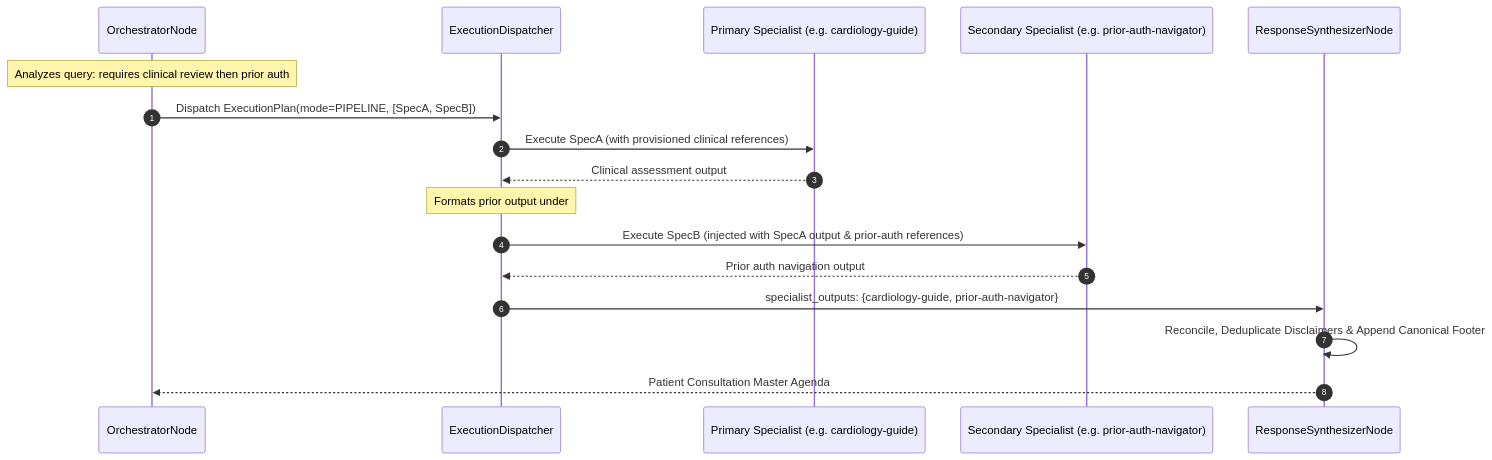
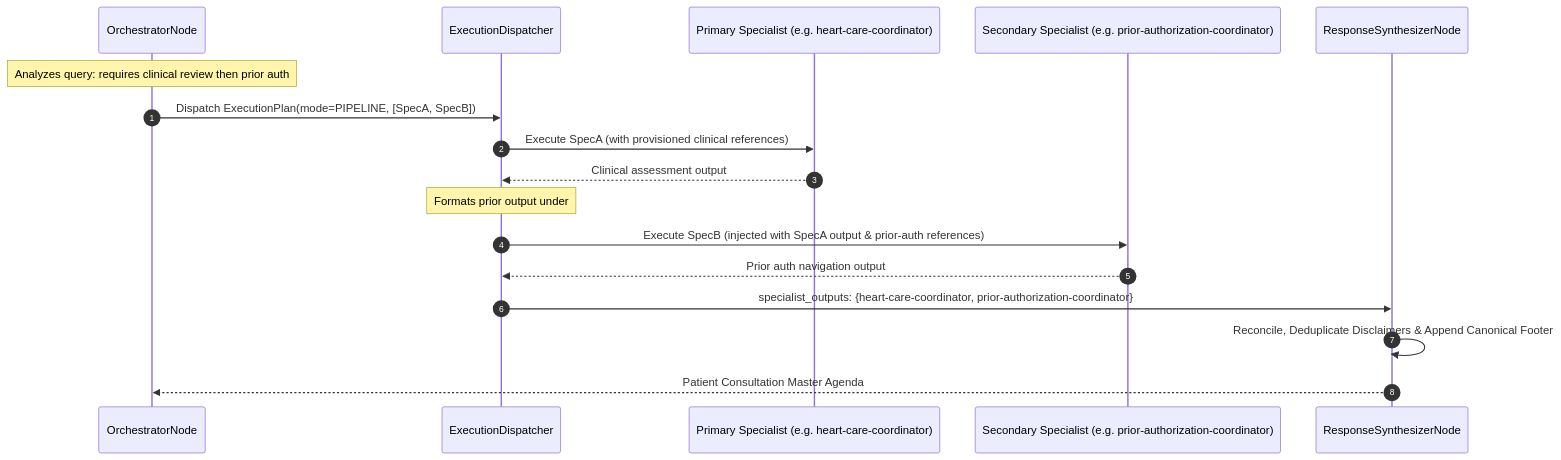
The second of 2 diagrams in docs/adr/0001-orchestrator-driven-agent-architecture.md (spectrayan/carefold), drawn with Mermaid before and after one commit. The commit also changed 428 other files, not shown here.

First line of the commit message:
refactor(agents): rename specialist slugs to coordinator scheme

````diff
--- a/docs/adr/0001-orchestrator-driven-agent-architecture.md
+++ b/docs/adr/0001-orchestrator-driven-agent-architecture.md
@@ -155,23 +155,23 @@
 ```mermaid
 sequenceDiagram
     autonumber
     participant Orch as OrchestratorNode
     participant Disp as ExecutionDispatcher
-    participant SpecA as Primary Specialist (e.g. cardiology-guide)
-    participant SpecB as Secondary Specialist (e.g. prior-auth-navigator)
+    participant SpecA as Primary Specialist (e.g. heart-care-coordinator)
+    participant SpecB as Secondary Specialist (e.g. prior-authorization-coordinator)
     participant Synth as ResponseSynthesizerNode
 
     Note over Orch: Analyzes query: requires clinical review then prior auth
     Orch->>Disp: Dispatch ExecutionPlan(mode=PIPELINE, [SpecA, SpecB])
     
     Disp->>SpecA: Execute SpecA (with provisioned clinical references)
     SpecA-->>Disp: Clinical assessment output
     
     Note over Disp: Formats prior output under # PRIOR SPECIALIST OUTPUTS
     Disp->>SpecB: Execute SpecB (injected with SpecA output & prior-auth references)
     SpecB-->>Disp: Prior auth navigation output
     
-    Disp->>Synth: specialist_outputs: {cardiology-guide, prior-auth-navigator}
+    Disp->>Synth: specialist_outputs: {heart-care-coordinator, prior-authorization-coordinator}
     Synth->>Synth: Reconcile, Deduplicate Disclaimers & Append Canonical Footer
     Synth-->>Orch: Patient Consultation Master Agenda
 ```
````
